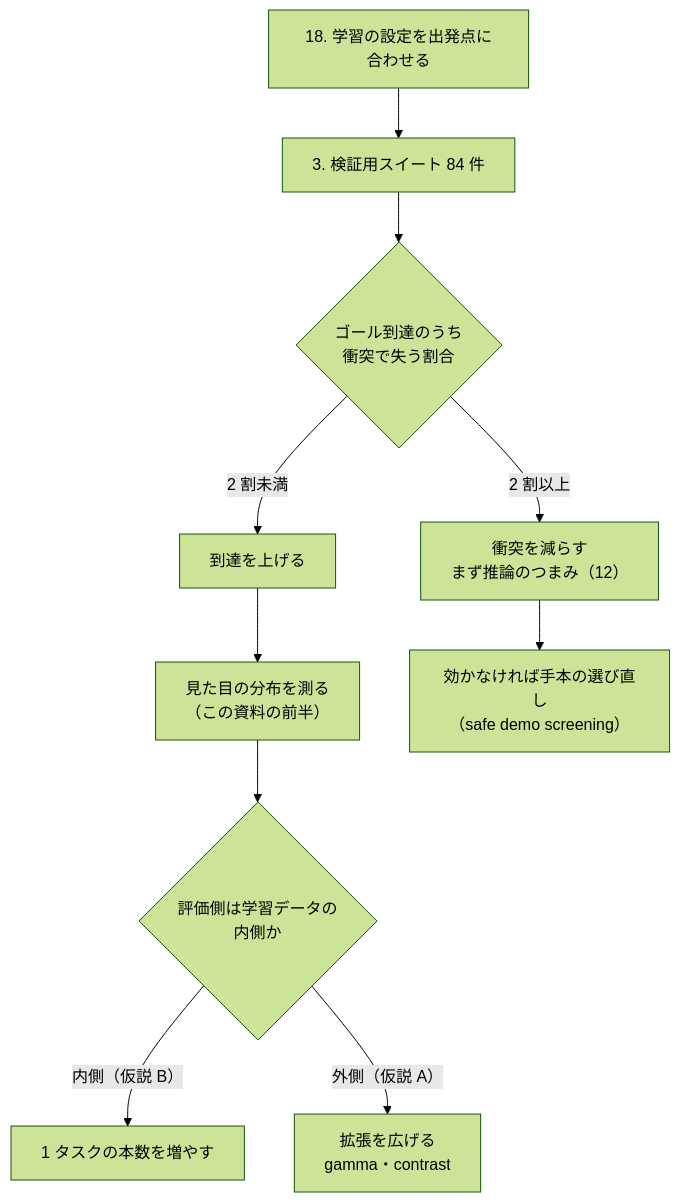
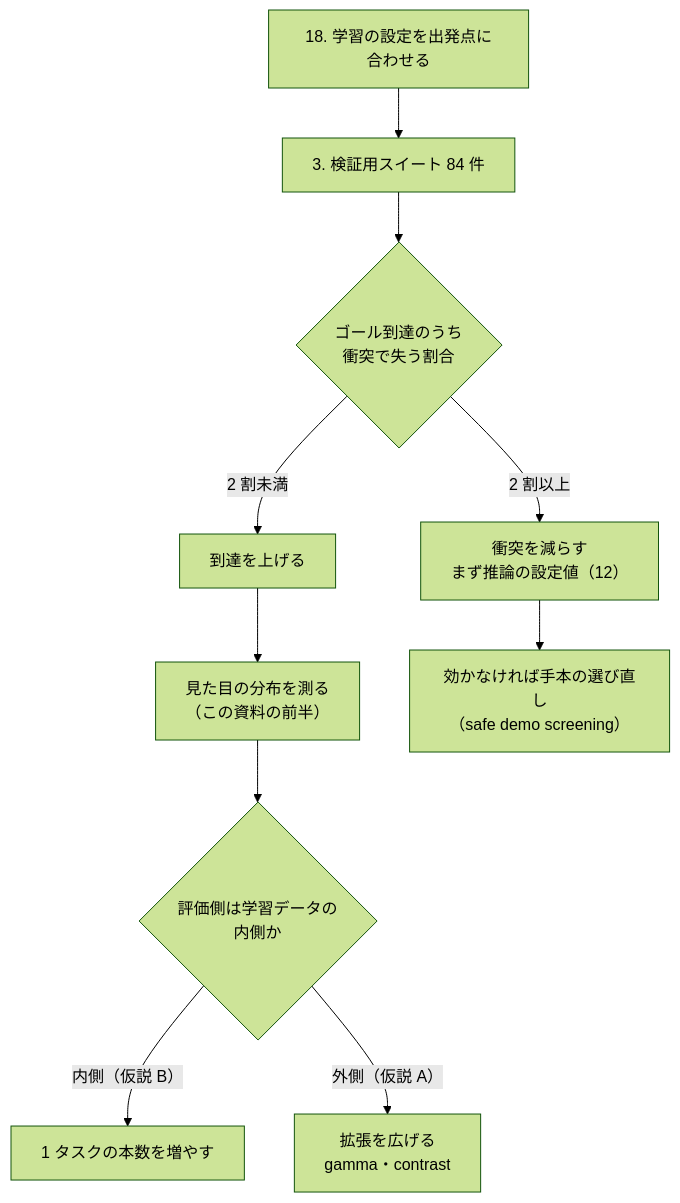
One commit to siruku6/PARC2026_pre changed the diagram in docs/plan/02_appearance_and_data.md. Above: the diagram before and after it, drawn with Mermaid (forest theme). The commit also changed other lines of this file and 89 other files, not shown here.

````diff
--- a/docs/plan/02_appearance_and_data.md
+++ b/docs/plan/02_appearance_and_data.md
@@ -119,12 +119,12 @@
 ```mermaid
 flowchart TD
     A["18. 学習の設定を出発点に合わせる"] --> B["3. 検証用スイート 84 件"]
     B --> C{"ゴール到達のうち<br/>衝突で失う割合"}
-    C -->|"2 割以上"| D["衝突を減らす<br/>まず推論のつまみ（12）"]
+    C -->|"2 割以上"| D["衝突を減らす<br/>まず推論の設定値（12）"]
     C -->|"2 割未満"| E["到達を上げる"]
     E --> F["見た目の分布を測る<br/>（この資料の前半）"]
     F --> G{"評価側は学習データの<br/>内側か"}
     G -->|"内側（仮説 B）"| H["1 タスクの本数を増やす"]
     G -->|"外側（仮説 A）"| I["拡張を広げる<br/>gamma・contrast"]
     D --> J["効かなければ手本の選び直し<br/>（safe demo screening）"]
 ```
````
